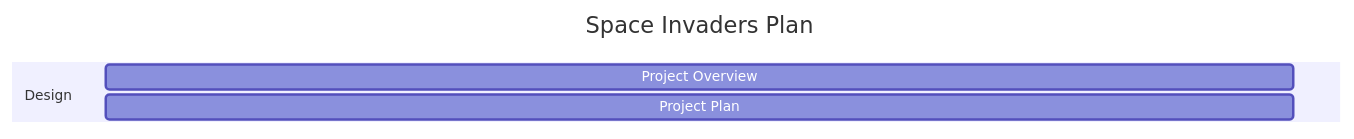
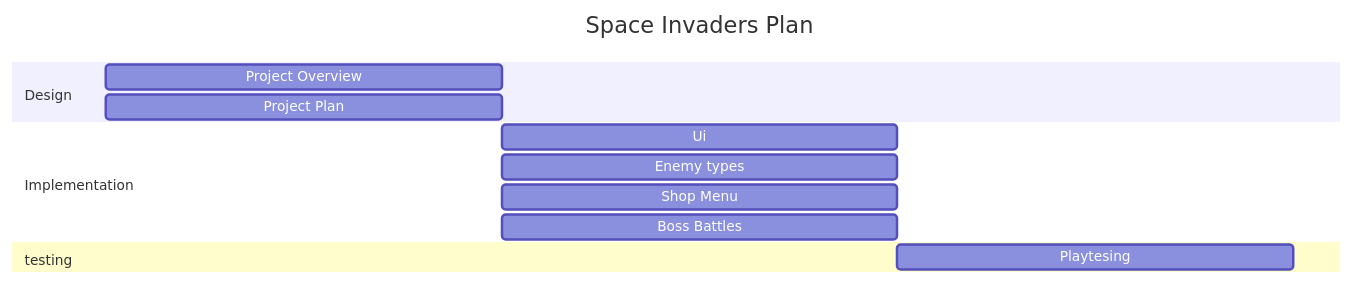
Before and after one commit to 0717436/space-invaders-2: the diagram in design.md, drawn with Mermaid.

Commit message:
added dates on Planning Diagrams

````diff
--- a/design.md
+++ b/design.md
@@ -32,11 +32,20 @@
 ```mermaid
 gantt
     title Space Invaders Plan
     dateFormat DD-MM-YY
     axisFormat %d-%B
     tickInterval 1week
 
     section Design
     Project Overview:05-04-23, 1d
     Project Plan:05-04-23, 1d
+    
+    section Implementation
+    Ui:06-04-23, 1d
+    Enemy types:06-04-23, 1d
+    Shop Menu:06-04-23, 1d
+    Boss Battles:06-04-23, 1d
+
+    section testing
+    Playtesing:07-04-23, 1d
 ```
````
